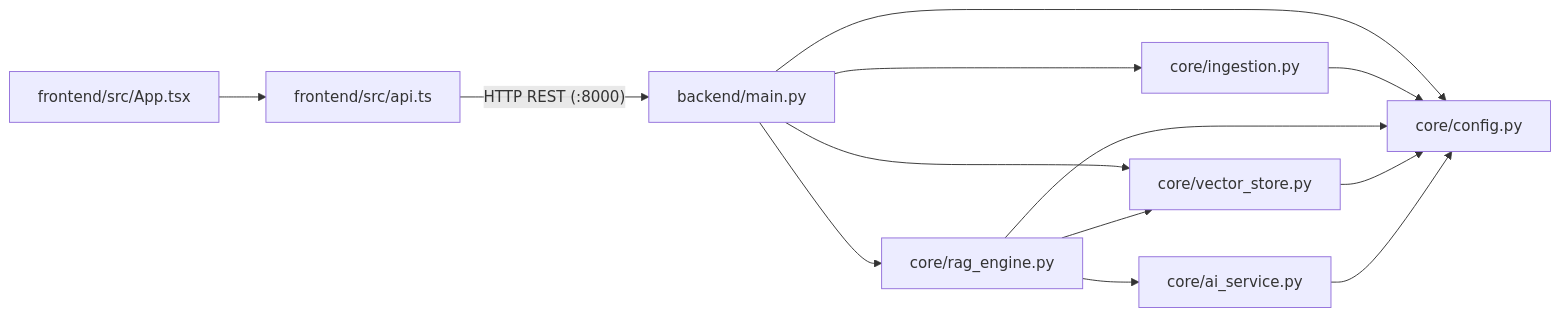
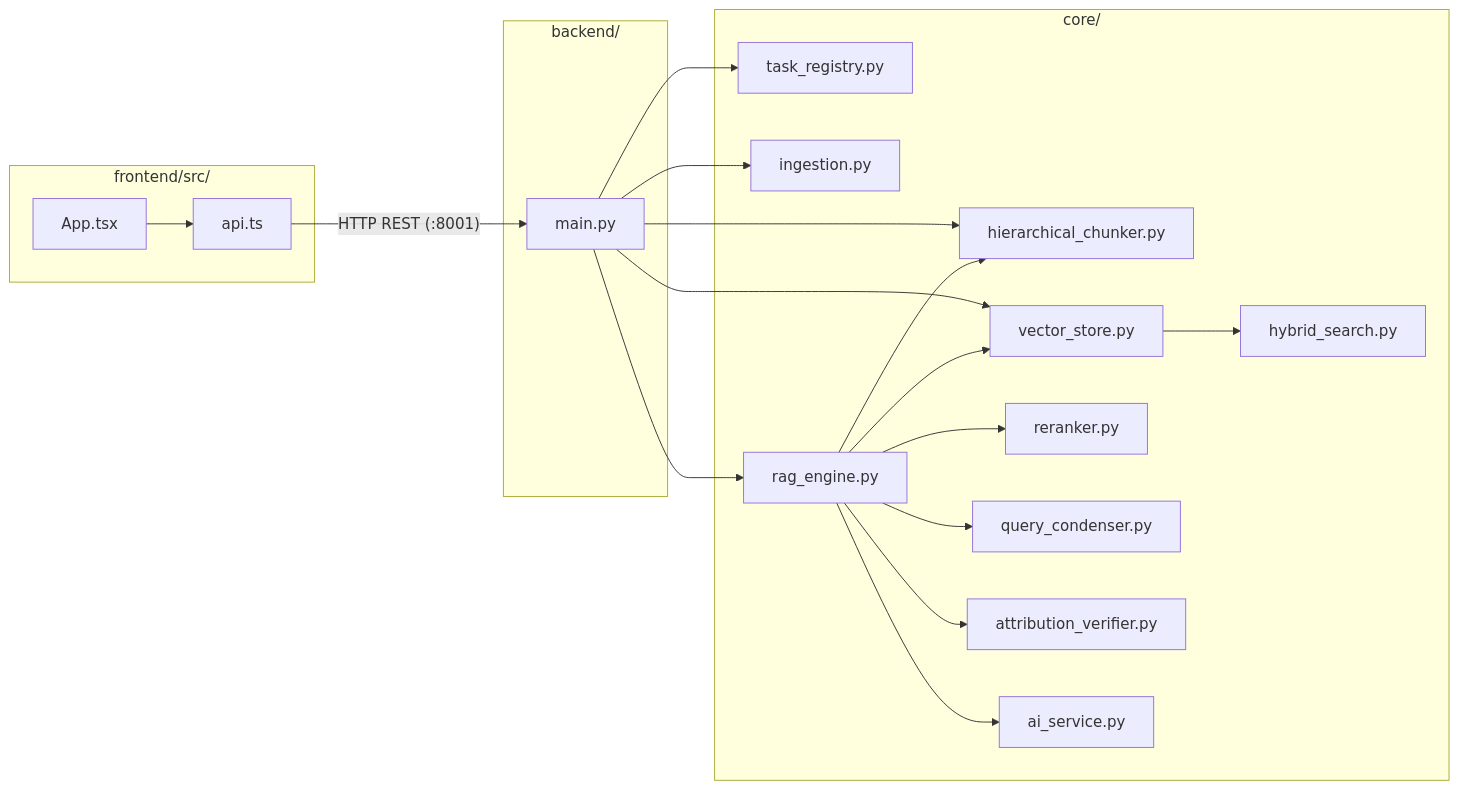
The diagram in docs/codebase-directory-and-references.md (piyushgoel2808/AI-Knowledge-Assistant), drawn with Mermaid before and after one commit. The commit also changed other lines of this file and 80 other files, not shown here.

Commit message:
feat: upgrade to production RAG system with async ingestion, layout tables, hierarchical chunking, hybrid search, cross-encoder reranker, query condensation, sentence entailment, and hands-free voice layer

````diff
--- a/docs/codebase-directory-and-references.md
+++ b/docs/codebase-directory-and-references.md
@@ -61,17 +80,38 @@
 ```mermaid
 flowchart LR
-    FE_App["frontend/src/App.tsx"] --> FE_API["frontend/src/api.ts"]
-    FE_API -->|"HTTP REST (:8000)"| BE_Main["backend/main.py"]
+    subgraph Frontend["frontend/src/"]
+        App["App.tsx"] --> APIClient["api.ts"]
+    end
 
-    BE_Main --> Core_Config["core/config.py"]
-    BE_Main --> Core_Ingest["core/ingestion.py"]
-    BE_Main --> Core_RAG["core/rag_engine.py"]
-    BE_Main --> Core_VS["core/vector_store.py"]
+    subgraph Backend["backend/"]
+        Main["main.py"]
+    end
 
-    Core_Ingest --> Core_Config
-    Core_RAG --> Core_Config
-    Core_RAG --> Core_VS
-    Core_RAG --> Core_AI["core/ai_service.py"]
-    Core_VS --> Core_Config
-    Core_AI --> Core_Config
+    subgraph CoreEngine["core/"]
+        TaskReg["task_registry.py"]
+        Ingest["ingestion.py"]
+        Chunker["hierarchical_chunker.py"]
+        RAG["rag_engine.py"]
+        VStore["vector_store.py"]
+        Hybrid["hybrid_search.py"]
+        Rerank["reranker.py"]
+        Condenser["query_condenser.py"]
+        Verifier["attribution_verifier.py"]
+        AI["ai_service.py"]
+    end
+
+    APIClient -->|"HTTP REST (:8001)"| Main
+    Main --> TaskReg
+    Main --> Ingest
+    Main --> Chunker
+    Main --> RAG
+    Main --> VStore
+
+    RAG --> Condenser
+    RAG --> VStore
+    RAG --> Rerank
+    RAG --> Chunker
+    RAG --> AI
+    RAG --> Verifier
+    VStore --> Hybrid
 ```
````
